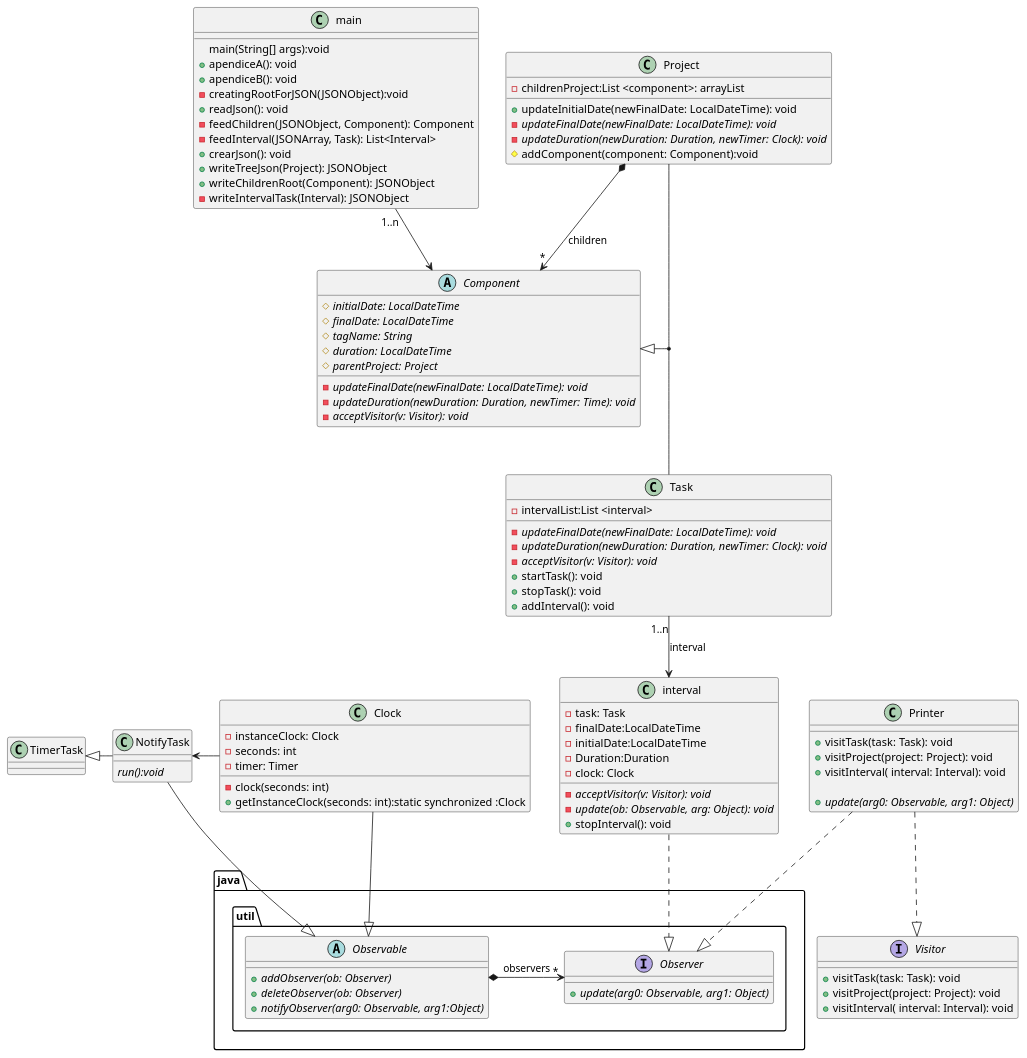
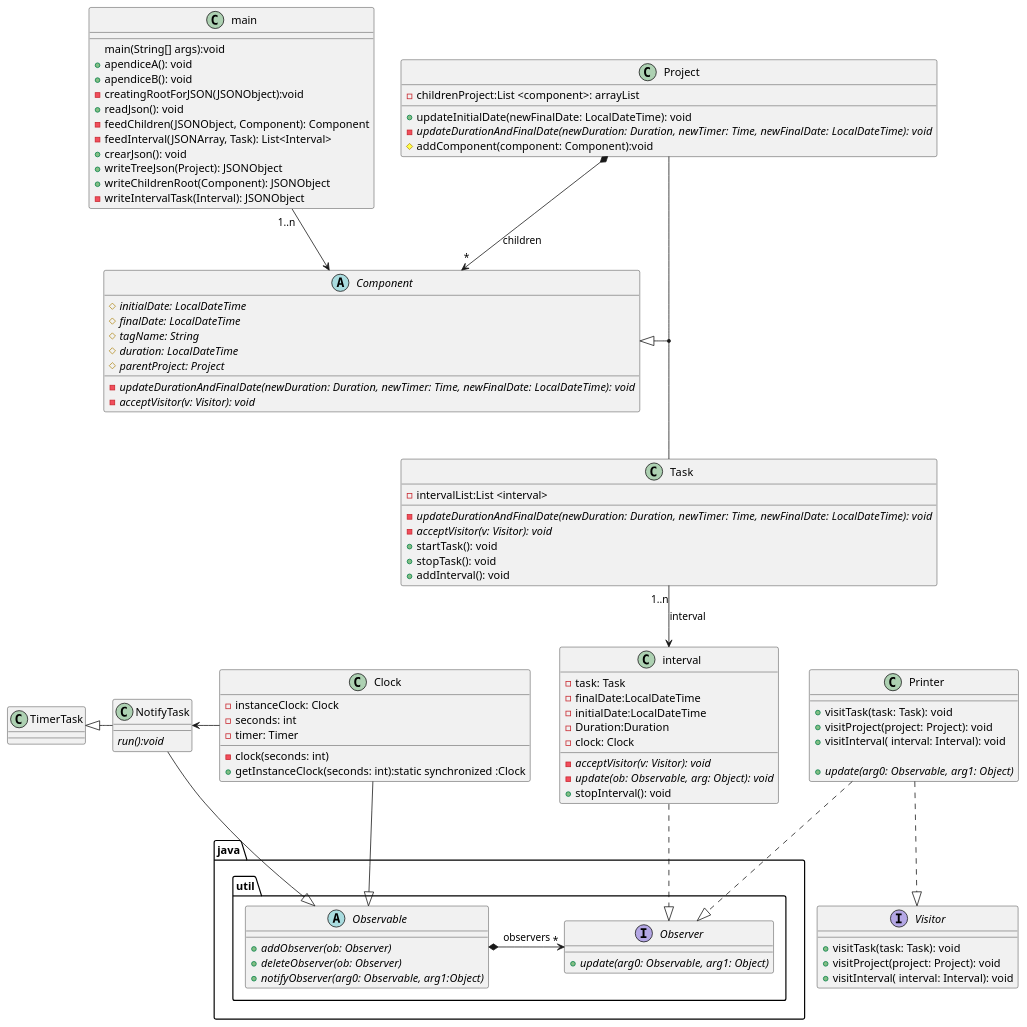
One commit to alekzihz/DS_TimeTracking changed the diagram in src/umlTimeTracking.puml. Above: the diagram before and after it, drawn with PlantUML.

Commit message:
UML Actualizado Milestone1.

```diff
--- a/src/umlTimeTracking.puml
+++ b/src/umlTimeTracking.puml
@@ -1,126 +1,122 @@
 @startuml
 'https://plantuml.com/class-diagram
 
 
 
 class main{
   main(String[] args):void
   +apendiceA(): void
   +apendiceB(): void
   -creatingRootForJSON(JSONObject):void
   +readJson(): void
   -feedChildren(JSONObject, Component): Component
   -feedInterval(JSONArray, Task): List<Interval>
   +crearJson(): void
   +writeTreeJson(Project): JSONObject
   +writeChildrenRoot(Component): JSONObject
   -writeIntervalTask(Interval): JSONObject
 }
 abstract Component{
     {abstract}#initialDate: LocalDateTime
     {abstract}#finalDate: LocalDateTime
     {abstract}#tagName: String
     {abstract}#duration: LocalDateTime
     {abstract}#parentProject: Project
-
-    {abstract}-updateFinalDate(newFinalDate: LocalDateTime): void
-    {abstract}-updateDuration(newDuration: Duration, newTimer: Time): void
+    {abstract}-updateDurationAndFinalDate(newDuration: Duration, newTimer: Time, newFinalDate: LocalDateTime): void
     {abstract}-acceptVisitor(v: Visitor): void
 }
 
 Interface Visitor{
     +visitTask(task: Task): void
     +visitProject(project: Project): void
     +visitInterval( interval: Interval): void
 
 }
 
 class Project{
     -childrenProject:List <component>: arrayList
     +updateInitialDate(newFinalDate: LocalDateTime): void
-     {abstract}-updateFinalDate(newFinalDate: LocalDateTime): void
-     {abstract}-updateDuration(newDuration: Duration, newTimer: Clock): void
-     #addComponent(component: Component):void
+    {abstract}-updateDurationAndFinalDate(newDuration: Duration, newTimer: Time, newFinalDate: LocalDateTime): void
+    #addComponent(component: Component):void
 }
 
 class Task {
     -intervalList:List <interval>
-    {abstract}-updateFinalDate(newFinalDate: LocalDateTime): void
-    {abstract}-updateDuration(newDuration: Duration, newTimer: Clock): void
+    {abstract}-updateDurationAndFinalDate(newDuration: Duration, newTimer: Time, newFinalDate: LocalDateTime): void
     {abstract}-acceptVisitor(v: Visitor): void
     +startTask(): void
     +stopTask(): void
     +addInterval(): void
 }
 class interval{
     -task: Task
     -finalDate:LocalDateTime
     -initialDate:LocalDateTime
     -Duration:Duration
     -clock: Clock
 
     {abstract}-acceptVisitor(v: Visitor): void
     {abstract}-update(ob: Observable, arg: Object): void
     +stopInterval(): void
 
 }
 
 package java.util{
 
     interface Observer {
 
         +{abstract}update(arg0: Observable, arg1: Object)
 
     }
 
     Abstract Observable
     {
        +{abstract}addObserver(ob: Observer)
        +{abstract}deleteObserver(ob: Observer)
        +{abstract}notifyObserver(arg0: Observable, arg1:Object)
     }
 
 
 
 }
 
 class Clock {
     -instanceClock: Clock
     -seconds: int
     -timer: Timer
     -clock(seconds: int)
     +getInstanceClock(seconds: int):static synchronized :Clock
 
 }
 
 class NotifyTask{
     {abstract}run():void
 }
 
 class Printer{
     +visitTask(task: Task): void
     +visitProject(project: Project): void
     +visitInterval( interval: Interval): void
 
     +{abstract}update(arg0: Observable, arg1: Object)
 }
 
 Clock-left->NotifyTask
 NotifyTask--|>Observable
 NotifyTask-left-|>TimerTask
 
 Printer..|>Visitor
 Printer..|>Observer
 
 main"1..n"--> Component
 Project *--> "*"Component:children
 
 Component <|--down(Project,Task)
 
 Clock--|> Observable
 interval ..|> Observer
 Observable*--left>"*"Observer:observers
 Task "1..n"--> interval:interval
 
 
 @enduml
```
